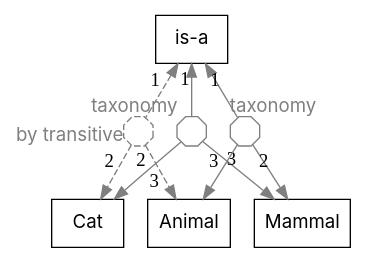
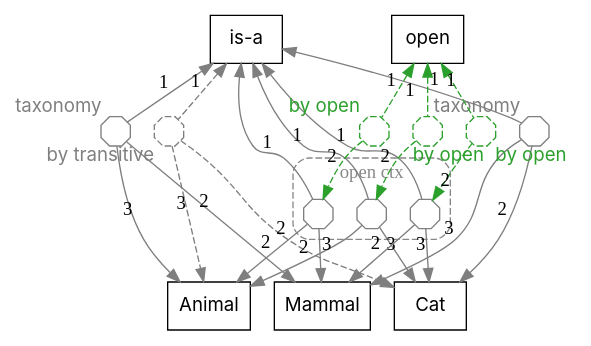
One commit to agutikov/ein changed the diagram in docs/ein/user/02-guide/diagrams/02-transitive-fired.dot. Above: the diagram before and after it, drawn with Graphviz. The commit also changed 10 other files, not shown here.

```diff
--- a/docs/ein/user/02-guide/diagrams/02-transitive-fired.dot
+++ b/docs/ein/user/02-guide/diagrams/02-transitive-fired.dot
@@ -1,25 +1,53 @@
 digraph kb {
   rankdir=TB;
   ranksep=0.55;
   node [fontname="Inter", shape=box];
   f_076d37da67 [shape=octagon, label="", width=0.3, height=0.3, fixedsize=true, color="#7f7f7f", fontcolor="#7f7f7f", style=solid, xlabel="taxonomy"];
   "is-a" -> f_076d37da67 [xlabel="1", dir=back, color="#7f7f7f", style=solid];
   f_076d37da67 -> "Cat" [xlabel="2", color="#7f7f7f", style=solid];
   f_076d37da67 -> "Mammal" [xlabel="3", color="#7f7f7f", style=solid];
   f_cb25df6f56 [shape=octagon, label="", width=0.3, height=0.3, fixedsize=true, color="#7f7f7f", fontcolor="#7f7f7f", style=solid, xlabel="taxonomy"];
   "is-a" -> f_cb25df6f56 [xlabel="1", dir=back, color="#7f7f7f", style=solid];
   f_cb25df6f56 -> "Mammal" [xlabel="2", color="#7f7f7f", style=solid];
   f_cb25df6f56 -> "Animal" [xlabel="3", color="#7f7f7f", style=solid];
   f_aea40ae2c2 [shape=octagon, label="", width=0.3, height=0.3, fixedsize=true, color="#7f7f7f", fontcolor="#7f7f7f", style=dashed, xlabel="by transitive"];
   "is-a" -> f_aea40ae2c2 [xlabel="1", dir=back, color="#7f7f7f", style=dashed];
   f_aea40ae2c2 -> "Cat" [xlabel="2", color="#7f7f7f", style=dashed];
   f_aea40ae2c2 -> "Animal" [xlabel="3", color="#7f7f7f", style=dashed];
+  f_0b92da2fed [shape=octagon, label="", width=0.3, height=0.3, fixedsize=true, color="#2ca02c", fontcolor="#2ca02c", style=dashed, xlabel="by open"];
+  "open" -> f_0b92da2fed [xlabel="1", dir=back, color="#2ca02c", style=dashed];
+  f_0b92da2fed -> f_f72ad3be41 [xlabel="2", color="#2ca02c", style=dashed];
+  f_046154a8cb [shape=octagon, label="", width=0.3, height=0.3, fixedsize=true, color="#2ca02c", fontcolor="#2ca02c", style=dashed, xlabel="by open"];
+  "open" -> f_046154a8cb [xlabel="1", dir=back, color="#2ca02c", style=dashed];
+  f_046154a8cb -> f_1ed3c92881 [xlabel="2", color="#2ca02c", style=dashed];
+  f_1f58b68afc [shape=octagon, label="", width=0.3, height=0.3, fixedsize=true, color="#2ca02c", fontcolor="#2ca02c", style=dashed, xlabel="by open"];
+  "open" -> f_1f58b68afc [xlabel="1", dir=back, color="#2ca02c", style=dashed];
+  f_1f58b68afc -> f_4688de649d [xlabel="2", color="#2ca02c", style=dashed];
+  newrank=true;
+  subgraph cluster_ctx_0 {
+    label="open ctx"; style="dashed,rounded"; color="#888888"; fontcolor="#888888";
+    f_f72ad3be41 [shape=octagon, label="", width=0.3, height=0.3, fixedsize=true, color="#7f7f7f", fontcolor="#7f7f7f", style=solid];
+    f_1ed3c92881 [shape=octagon, label="", width=0.3, height=0.3, fixedsize=true, color="#7f7f7f", fontcolor="#7f7f7f", style=solid];
+    f_4688de649d [shape=octagon, label="", width=0.3, height=0.3, fixedsize=true, color="#7f7f7f", fontcolor="#7f7f7f", style=solid];
+  }
+  "is-a" -> f_f72ad3be41 [xlabel="1", dir=back, color="#7f7f7f", style=solid];
+  f_f72ad3be41 -> "Animal" [xlabel="2", color="#7f7f7f", style=solid];
+  f_f72ad3be41 -> "Cat" [xlabel="3", color="#7f7f7f", style=solid];
+  "is-a" -> f_1ed3c92881 [xlabel="1", dir=back, color="#7f7f7f", style=solid];
+  f_1ed3c92881 -> "Animal" [xlabel="2", color="#7f7f7f", style=solid];
+  f_1ed3c92881 -> "Mammal" [xlabel="3", color="#7f7f7f", style=solid];
+  "is-a" -> f_4688de649d [xlabel="1", dir=back, color="#7f7f7f", style=solid];
+  f_4688de649d -> "Mammal" [xlabel="2", color="#7f7f7f", style=solid];
+  f_4688de649d -> "Cat" [xlabel="3", color="#7f7f7f", style=solid];
   "layer 0" [style=invis, label="", width=0, height=0, fixedsize=true];
   "layer 1" [style=invis, label="", width=0, height=0, fixedsize=true];
   "layer 2" [style=invis, label="", width=0, height=0, fixedsize=true];
+  "layer 3" [style=invis, label="", width=0, height=0, fixedsize=true];
   "layer 0" -> "layer 1" [style=invis];
   "layer 1" -> "layer 2" [style=invis];
-  { rank=same; "layer 0"; "is-a"; }
-  { rank=same; "layer 1"; f_076d37da67; f_cb25df6f56; f_aea40ae2c2; }
-  { rank=same; "layer 2"; "Cat"; "Mammal"; "Animal"; }
+  "layer 2" -> "layer 3" [style=invis];
+  { rank=same; "layer 0"; "is-a"; "open"; }
+  { rank=same; "layer 1"; f_076d37da67; f_cb25df6f56; f_aea40ae2c2; f_0b92da2fed; f_046154a8cb; f_1f58b68afc; }
+  { rank=same; "layer 2"; f_f72ad3be41; f_1ed3c92881; f_4688de649d; }
+  { rank=same; "layer 3"; "Cat"; "Mammal"; "Animal"; }
 }
```
